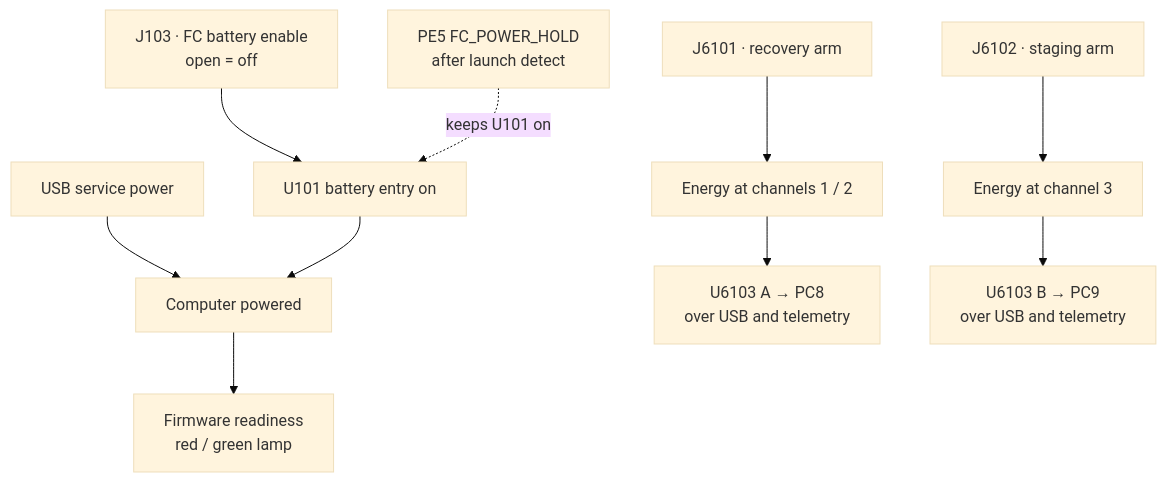
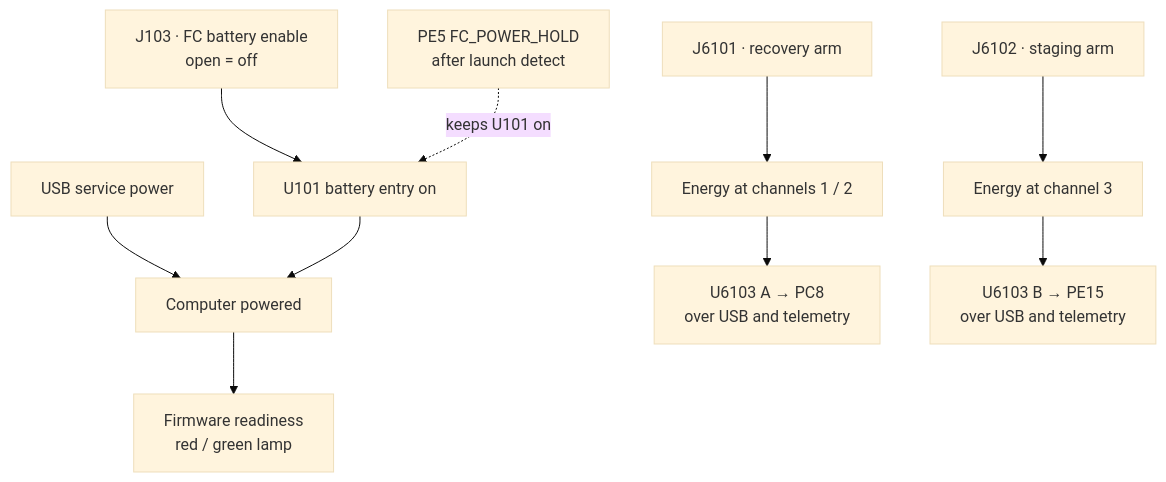
The diagram in docs/architecture/09-connectors-arming.md (ULAS-HiPR/Ogma2), drawn with Mermaid (base theme) before and after one commit. The commit also changed other lines of this file and 32 other files, not shown here.

````diff
--- a/docs/architecture/09-connectors-arming.md
+++ b/docs/architecture/09-connectors-arming.md
@@ -8,17 +8,17 @@
 ```mermaid
 flowchart TB
   A["J103 · FC battery enable
 open = off"] --> B["U101 battery entry on"]
   U["USB service power"] --> C["Computer powered"]
   B --> C
   HOLD["PE5 FC_POWER_HOLD
 after launch detect"] -.->|"keeps U101 on"| B
   C --> D["Firmware readiness
 red / green lamp"]
   E["J6101 · recovery arm"] --> F["Energy at channels 1 / 2"]
   F --> S["U6103 A → PC8
 over USB and telemetry"]
   E3["J6102 · staging arm"] --> F3["Energy at channel 3"]
-  F3 --> S3["U6103 B → PC9
+  F3 --> S3["U6103 B → PE15
 over USB and telemetry"]
 ```
````
